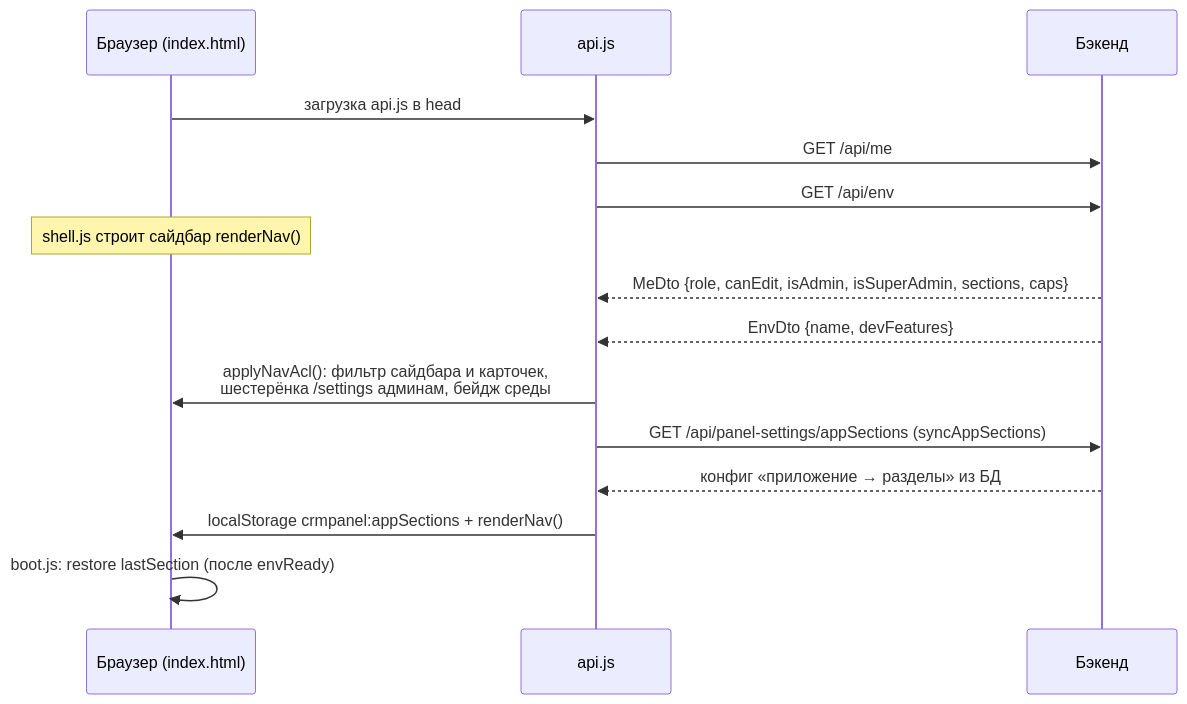
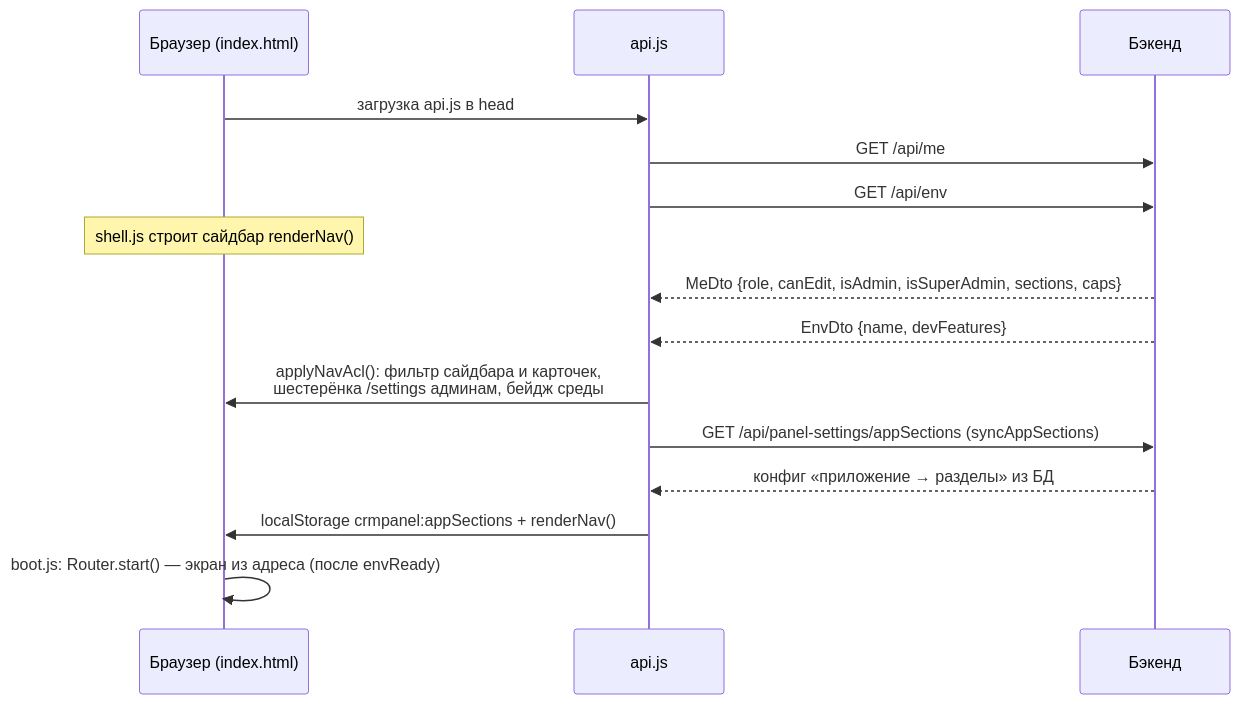
One commit to AlexRaisky/crm.banki.ru changed the diagram in crm-admin/docs/Frontend/Клиент API (api.js).md. Above: the diagram before and after it, drawn with Mermaid. The commit also changed 6 other files, not shown here.

````diff
--- a/crm-admin/docs/Frontend/Клиент API (api.js).md
+++ b/crm-admin/docs/Frontend/Клиент API (api.js).md
@@ -27,17 +27,17 @@
 ```mermaid
 sequenceDiagram
     participant B as Браузер (index.html)
     participant A as api.js
     participant S as Бэкенд
     B->>A: загрузка api.js в head
     A->>S: GET /api/me
     A->>S: GET /api/env
     Note over B: shell.js строит сайдбар renderNav()
     S-->>A: MeDto {role, canEdit, isAdmin, isSuperAdmin, sections, caps}
     S-->>A: EnvDto {name, devFeatures}
     A->>B: applyNavAcl(): фильтр сайдбара и карточек,<br/>шестерёнка /settings админам, бейдж среды
     A->>S: GET /api/panel-settings/appSections (syncAppSections)
     S-->>A: конфиг «приложение → разделы» из БД
     A->>B: localStorage crmpanel:appSections + renderNav()
-    B->>B: boot.js: restore lastSection (после envReady)
+    B->>B: boot.js: Router.start() — экран из адреса (после envReady)
 ```
````
